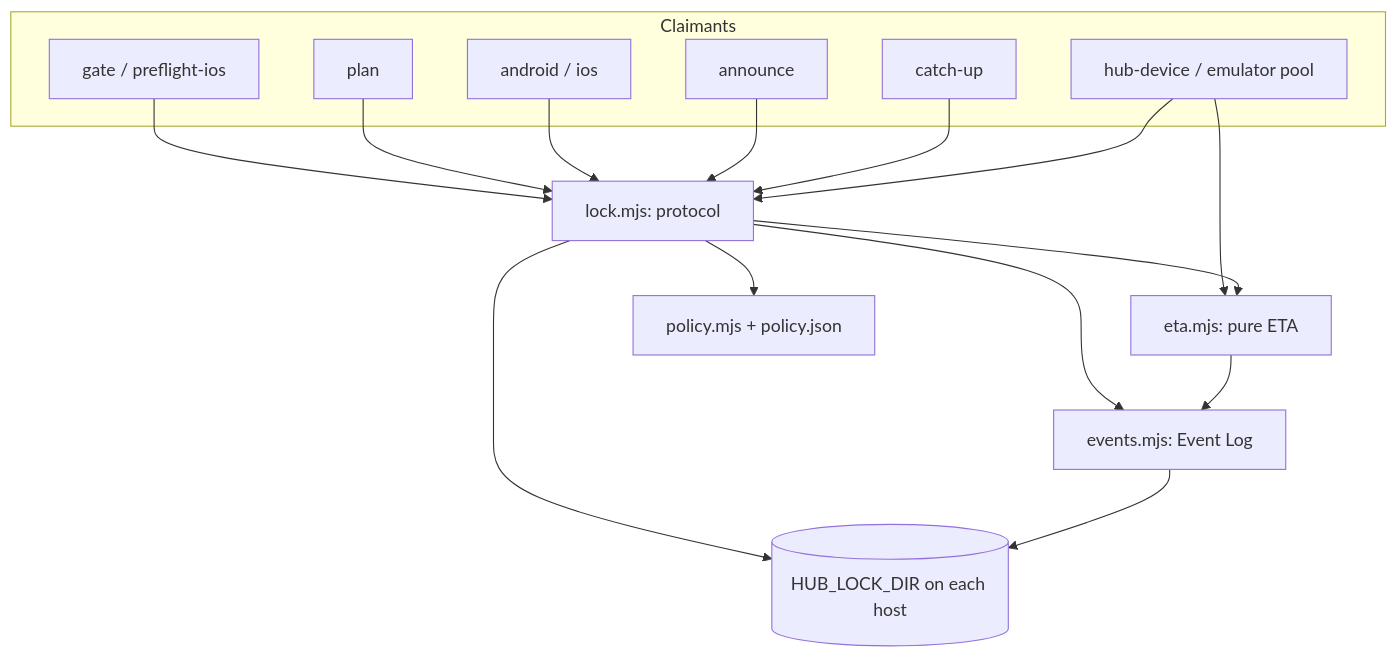
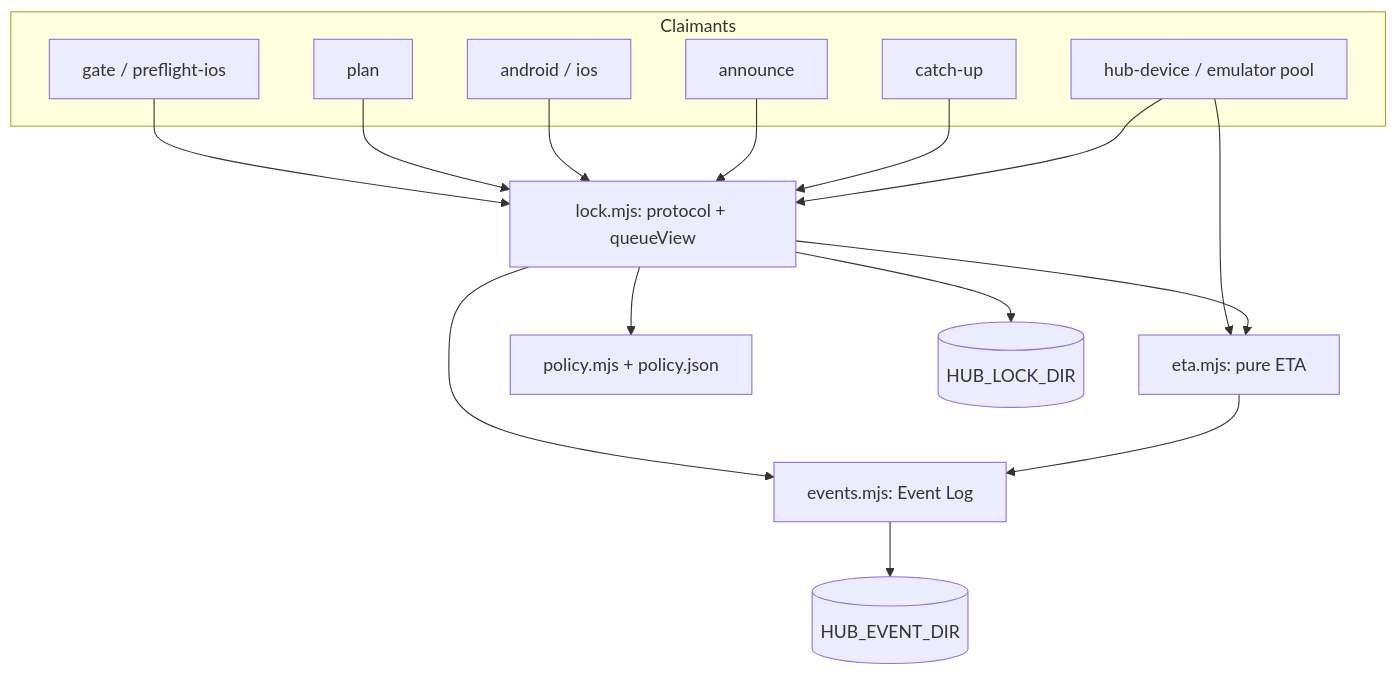
One commit to delorenj/mobile-deploy-hub changed the first of 2 diagrams in _bmad-output/planning-artifacts/architecture/architecture-mobile-deploy-hub-v1a-2026-11-23/ARCHITECTURE-SPINE.md. Above: the diagram before and after it, drawn with Mermaid. The commit also changed other lines of this file and 1 other file, not shown here.

Commit message:
docs(arch): v1a spine final: reviewer gate fixes (AD-20 freeze set, AD-21 lane groups, reservation dirs, queueView, tombstone reclaim)

````diff
--- a/_bmad-output/planning-artifacts/architecture/architecture-mobile-deploy-hub-v1a-2026-11-23/ARCHITECTURE-SPINE.md
+++ b/_bmad-output/planning-artifacts/architecture/architecture-mobile-deploy-hub-v1a-2026-11-23/ARCHITECTURE-SPINE.md
@@ -34,29 +34,30 @@
 ```mermaid
 flowchart TD
   subgraph Claimants
     gate[gate / preflight-ios]
     plan[plan]
     jobs[android / ios]
     announce[announce]
     catchup[catch-up]
     hd[hub-device / emulator pool]
   end
-  lock[lock.mjs: protocol]
+  lock[lock.mjs: protocol + queueView]
   events[events.mjs: Event Log]
   eta[eta.mjs: pure ETA]
   policy[policy.mjs + policy.json]
-  disk[(HUB_LOCK_DIR on each host)]
+  disk[(HUB_LOCK_DIR)]
+  state[(HUB_EVENT_DIR)]
   gate --> lock
   plan --> lock
   jobs --> lock
   announce --> lock
   catchup --> lock
   hd --> lock
   hd --> eta
   lock --> eta
   lock --> events
   lock --> policy
   eta --> events
   lock --> disk
-  events --> disk
+  events --> state
 ```
````
